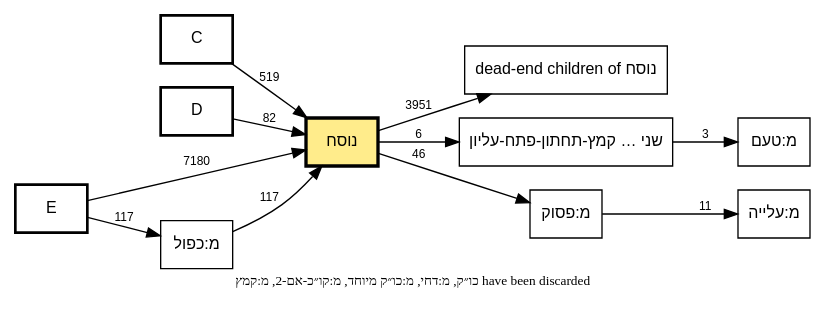
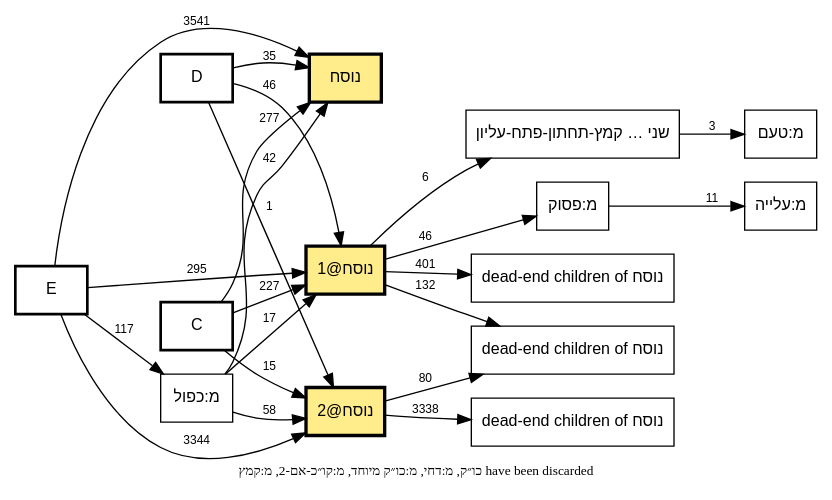
One commit to bdenckla/MAM-basics changed the diagram in out/tmpl-survey-plain/plain-nusach-call-graph.dot. Above: the diagram before and after it, drawn with Graphviz. The commit also changed 17 other files, not shown here.

```diff
--- a/out/tmpl-survey-plain/plain-nusach-call-graph.dot
+++ b/out/tmpl-survey-plain/plain-nusach-call-graph.dot
@@ -1,66 +1,79 @@
 // This file was generated by MAM-basics/py/main_tmpl_survey.py.
 // Do not edit by hand.
 digraph template_call_graph {
     rankdir=LR;
     node [fontname="SBL Hebrew,Helvetica", fontsize=12];
     edge [fontname="Helvetica", fontsize=9];
     graph [comment="This file was generated by MAM-basics/py/main_tmpl_survey.py."];
 
     // Column nodes
     node [shape=box, style=bold];
     "C";
     "D";
     "E";
 
     // Template nodes
     node [shape=box, style=""];
     "dead-end children of נוסח" [tooltip="גלגל-2
-כתיב ולא קרי
-מ:אות מנוקדת
 מ:אות-ג
 מ:אות-ק
+מ:גרש ותלישא גדולה
+מ:גרשיים ותלישא גדולה
+מ:ירושלם
+מ:לגרמיה-2
+מ:פסק"];
+    "dead-end children of נוסח (2)" [label="dead-end children of נוסח", tooltip="כתיב ולא קרי
+מ:אות מנוקדת
 מ:אין פרשה בתחילת פרק
 מ:אין פרשה בתחילת פרק בספרי אמ״ת
-מ:גרש ותלישא גדולה
-מ:גרשיים ותלישא גדולה
 מ:טעם ומתג באות אחת
-מ:ירושלם
 מ:כל קמץ קטן מרכא
-מ:לגרמיה-2
 מ:מקף אפור
 מ:נו״ן הפוכה
 מ:סיום בטוב
-מ:פסק
 מ:צינור
-מ:קישור בהערה
-מ:קישור פנימי בהערה
-מודגש
 סס
 ססס
 פפ
 פפפ
 קו״כ
 קרי ולא כתיב
 ר0
 ר1
 ר3
-ר4
+ר4"];
+    "dead-end children of נוסח (3)" [label="dead-end children of נוסח", tooltip="מ:קישור בהערה
+מ:קישור פנימי בהערה
+מודגש
 ש"];
     "נוסח" [fillcolor="lightgoldenrod1", style="filled", penwidth=2.5];
+    "נוסח@1" [fillcolor="lightgoldenrod1", style="filled", penwidth=2.5];
+    "נוסח@2" [fillcolor="lightgoldenrod1", style="filled", penwidth=2.5];
     "שני טעמים באות אחת קמץ-תחתון-פתח-עליון" [label="שני … קמץ-תחתון-פתח-עליון", tooltip="שני טעמים באות אחת קמץ-תחתון-פתח-עליון"];
 
     // Note
     graph [label="כו״ק, מ:דחי, מ:כו״ק מיוחד, מ:קו״כ-אם-2, מ:קמץ have been discarded", labelloc=b, fontsize=10];
 
     // Edges
-    "C" -> "נוסח" [label="519"];
-    "D" -> "נוסח" [label="82"];
+    "C" -> "נוסח" [label="277"];
+    "C" -> "נוסח@1" [label="227"];
+    "C" -> "נוסח@2" [label="15"];
+    "D" -> "נוסח" [label="35"];
+    "D" -> "נוסח@1" [label="46"];
+    "D" -> "נוסח@2" [label="1"];
     "E" -> "מ:כפול" [label="117"];
-    "E" -> "נוסח" [label="7180"];
-    "מ:כפול" -> "נוסח" [label="117"];
+    "E" -> "נוסח" [label="3541"];
+    "E" -> "נוסח@1" [label="295"];
+    "E" -> "נוסח@2" [label="3344"];
+    "מ:כפול" -> "נוסח" [label="42"];
+    "מ:כפול" -> "נוסח@1" [label="17"];
+    "מ:כפול" -> "נוסח@2" [label="58"];
     "מ:פסוק" -> "מ:עלייה" [label="11"];
-    "נוסח" -> "dead-end children of נוסח" [label="3951"];
-    "נוסח" -> "מ:פסוק" [label="46"];
-    "נוסח" -> "שני טעמים באות אחת קמץ-תחתון-פתח-עליון" [label="6"];
+    "נוסח@1" -> "dead-end children of נוסח" [label="132"];
+    "נוסח@1" -> "dead-end children of נוסח (2)" [label="401"];
+    "נוסח@1" -> "מ:פסוק" [label="46"];
+    "נוסח@1" -> "שני טעמים באות אחת קמץ-תחתון-פתח-עליון" [label="6"];
+    "נוסח@2" -> "dead-end children of נוסח" [label="80"];
+    "נוסח@2" -> "dead-end children of נוסח (3)" [label="3338"];
     "שני טעמים באות אחת קמץ-תחתון-פתח-עליון" -> "מ:טעם" [label="3"];
 }
```
